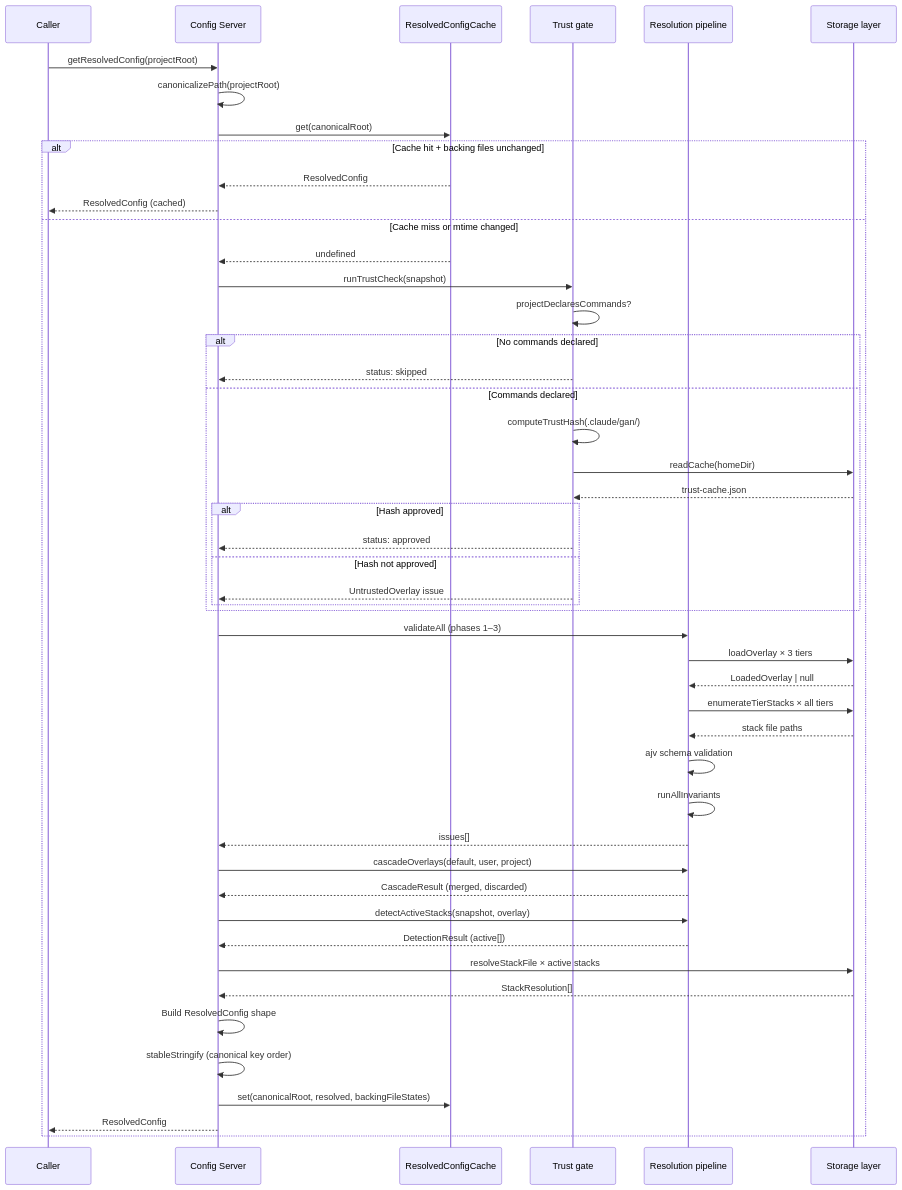
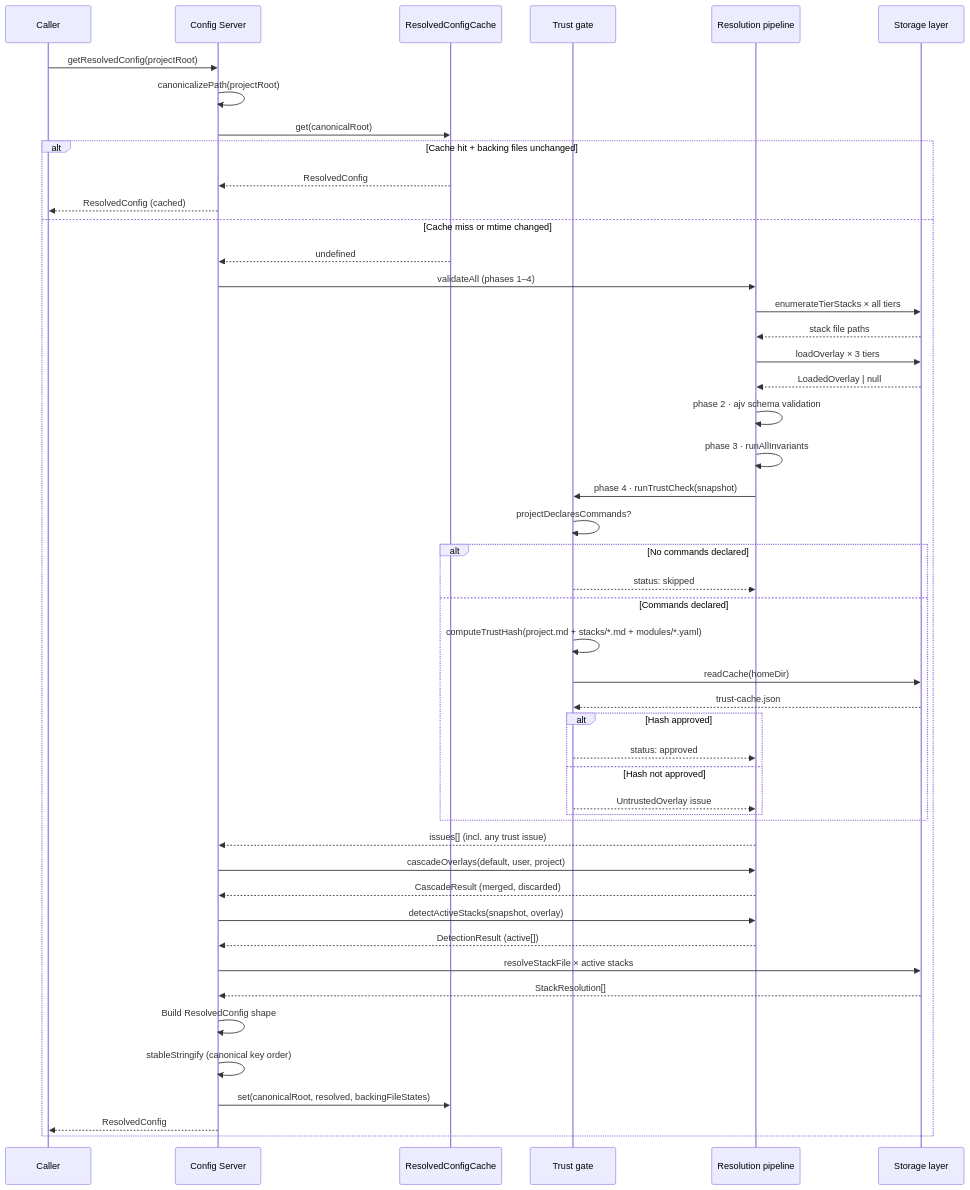
The fourth of 5 diagrams in documentation/config-server.md (Thomas-AppForceOne/ClaudeAgents), drawn with Mermaid before and after one commit. The commit also changed other lines of this file and 28 other files, not shown here.

````diff
--- a/documentation/config-server.md
+++ b/documentation/config-server.md
@@ -244,58 +243,57 @@
 ```mermaid
 sequenceDiagram
     participant Caller as Caller
     participant CS as Config Server
     participant Cache as ResolvedConfigCache
     participant Trust as Trust gate
     participant Pipeline as Resolution pipeline
     participant Storage as Storage layer
 
     Caller->>CS: getResolvedConfig(projectRoot)
     CS->>CS: canonicalizePath(projectRoot)
     CS->>Cache: get(canonicalRoot)
 
     alt Cache hit + backing files unchanged
         Cache-->>CS: ResolvedConfig
         CS-->>Caller: ResolvedConfig (cached)
     else Cache miss or mtime changed
         Cache-->>CS: undefined
 
-        CS->>Trust: runTrustCheck(snapshot)
+        CS->>Pipeline: validateAll (phases 1–4)
+        Pipeline->>Storage: enumerateTierStacks × all tiers
+        Storage-->>Pipeline: stack file paths
+        Pipeline->>Storage: loadOverlay × 3 tiers
+        Storage-->>Pipeline: LoadedOverlay | null
+        Pipeline->>Pipeline: phase 2 · ajv schema validation
+        Pipeline->>Pipeline: phase 3 · runAllInvariants
+        Pipeline->>Trust: phase 4 · runTrustCheck(snapshot)
         Trust->>Trust: projectDeclaresCommands?
         alt No commands declared
-            Trust-->>CS: status: skipped
+            Trust-->>Pipeline: status: skipped
         else Commands declared
-            Trust->>Trust: computeTrustHash(.claude/gan/)
+            Trust->>Trust: computeTrustHash(project.md + stacks/*.md + modules/*.yaml)
             Trust->>Storage: readCache(homeDir)
             Storage-->>Trust: trust-cache.json
             alt Hash approved
-                Trust-->>CS: status: approved
+                Trust-->>Pipeline: status: approved
             else Hash not approved
-                Trust-->>CS: UntrustedOverlay issue
+                Trust-->>Pipeline: UntrustedOverlay issue
             end
         end
-
-        CS->>Pipeline: validateAll (phases 1–3)
-        Pipeline->>Storage: loadOverlay × 3 tiers
-        Storage-->>Pipeline: LoadedOverlay | null
-        Pipeline->>Storage: enumerateTierStacks × all tiers
-        Storage-->>Pipeline: stack file paths
-        Pipeline->>Pipeline: ajv schema validation
-        Pipeline->>Pipeline: runAllInvariants
-        Pipeline-->>CS: issues[]
+        Pipeline-->>CS: issues[] (incl. any trust issue)
 
         CS->>Pipeline: cascadeOverlays(default, user, project)
         Pipeline-->>CS: CascadeResult (merged, discarded)
 
         CS->>Pipeline: detectActiveStacks(snapshot, overlay)
         Pipeline-->>CS: DetectionResult (active[])
 
         CS->>Storage: resolveStackFile × active stacks
         Storage-->>CS: StackResolution[]
 
         CS->>CS: Build ResolvedConfig shape
         CS->>CS: stableStringify (canonical key order)
         CS->>Cache: set(canonicalRoot, resolved, backingFileStates)
         CS-->>Caller: ResolvedConfig
     end
 ```
````
